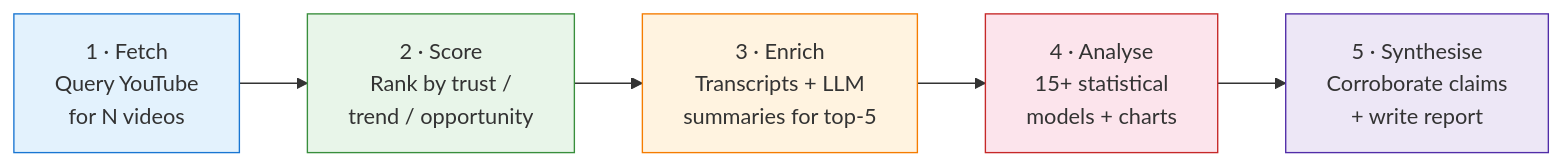
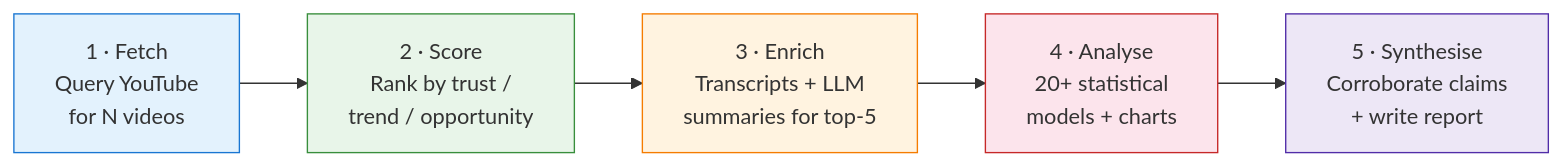
Before and after one commit to reshinto/social-research-probe: the diagram in docs/diagrams/src/dp_pipeline.mmd, drawn with Mermaid. The commit also changed 12 other files, not shown here.

First line of the commit message:
docs: refresh stale architecture diagrams to match current registries

```diff
--- a/docs/diagrams/src/dp_pipeline.mmd
+++ b/docs/diagrams/src/dp_pipeline.mmd
@@ -1,11 +1,11 @@
 graph LR
     A["1 · Fetch\nQuery YouTube\nfor N videos"] --> B["2 · Score\nRank by trust /\ntrend / opportunity"]
     B --> C["3 · Enrich\nTranscripts + LLM\nsummaries for top-5"]
-    C --> D["4 · Analyse\n15+ statistical\nmodels + charts"]
+    C --> D["4 · Analyse\n20+ statistical\nmodels + charts"]
     D --> E["5 · Synthesise\nCorroborate claims\n+ write report"]
 
     style A fill:#e3f2fd,stroke:#1976d2
     style B fill:#e8f5e9,stroke:#388e3c
     style C fill:#fff3e0,stroke:#f57c00
     style D fill:#fce4ec,stroke:#c62828
     style E fill:#ede7f6,stroke:#512da8
```
